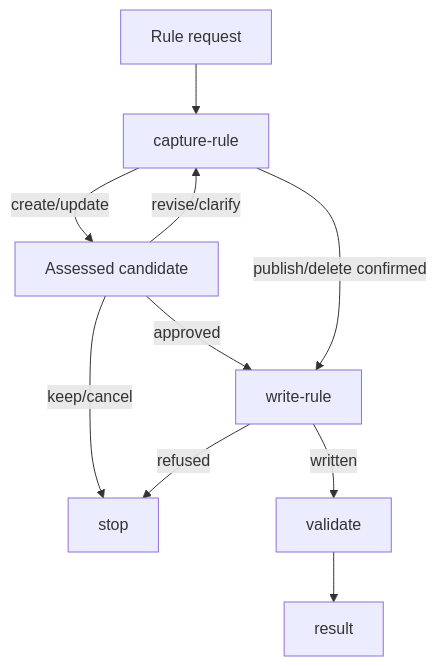
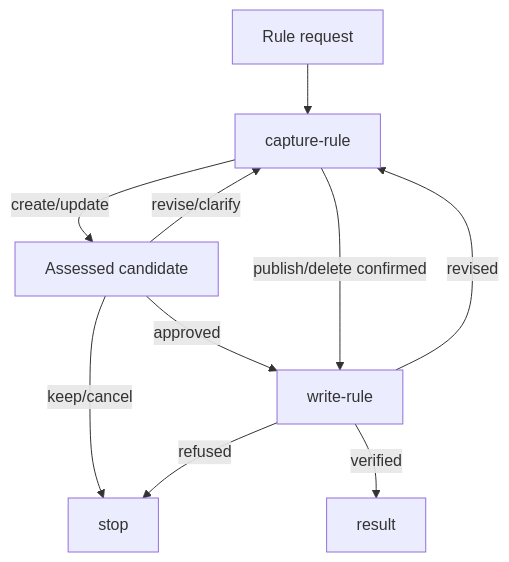
Before and after one commit to ai-driven-dev/framework: the diagram in plugins/aidd-context/skills/05-rule-generate/SKILL.md, drawn with Mermaid. The commit also changed other lines of this file and 8 other files, not shown here.

````diff
--- a/plugins/aidd-context/skills/05-rule-generate/SKILL.md
+++ b/plugins/aidd-context/skills/05-rule-generate/SKILL.md
@@ -9,12 +9,12 @@
 ```mermaid
 flowchart TD
   request[Rule request] --> capture-rule
   capture-rule -->|create/update| decision[Assessed candidate]
   decision -->|revise/clarify| capture-rule
   decision -->|keep/cancel| stop
   decision -->|approved| write-rule
   capture-rule -->|publish/delete confirmed| write-rule
-  write-rule -->|written| validate
+  write-rule -->|revised| capture-rule
   write-rule -->|refused| stop
-  validate --> result
+  write-rule -->|verified| result
 ```
````
